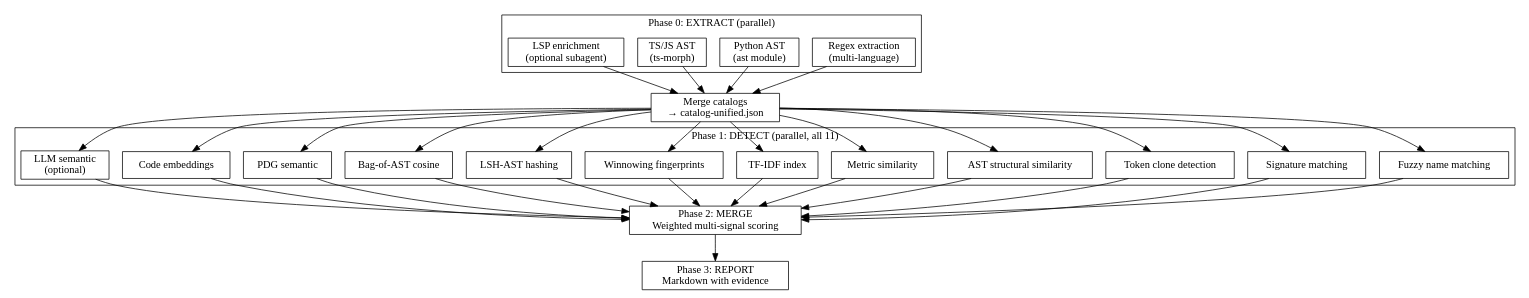
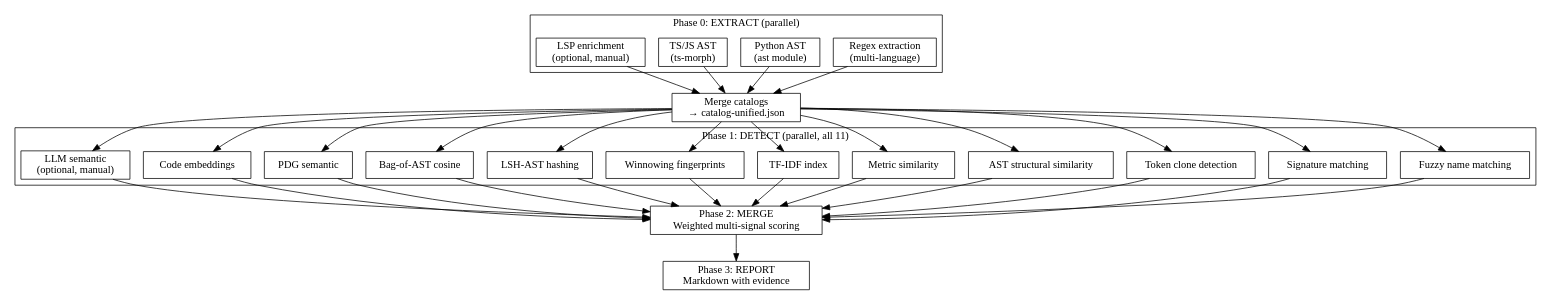
Before and after one commit to LucasQuiles/sdlc-os: the diagram in skills/deduplicating-functions/SKILL.md, drawn with Graphviz. The commit also changed other lines of this file and 4 other files, not shown here.

````diff
--- a/skills/deduplicating-functions/SKILL.md
+++ b/skills/deduplicating-functions/SKILL.md
@@ -74,68 +74,68 @@
 ```dot
 digraph pipeline {
   rankdir=TB;
   node [shape=box];
   
   subgraph cluster_extract {
     label="Phase 0: EXTRACT (parallel)";
     regex [label="Regex extraction\n(multi-language)"];
     ast_py [label="Python AST\n(ast module)"];
     ast_ts [label="TS/JS AST\n(ts-morph)"];
-    lsp [label="LSP enrichment\n(optional subagent)"];
+    lsp [label="LSP enrichment\n(optional, manual)"];
   }
   
   merge_cat [label="Merge catalogs\n→ catalog-unified.json"];
   
   subgraph cluster_detect {
     label="Phase 1: DETECT (parallel, all 11)";
     fuzzy [label="Fuzzy name matching"];
     sig [label="Signature matching"];
     token [label="Token clone detection"];
     ast_sim [label="AST structural similarity"];
     metric [label="Metric similarity"];
     tfidf [label="TF-IDF index"];
     winnow [label="Winnowing fingerprints"];
     lsh [label="LSH-AST hashing"];
     bag [label="Bag-of-AST cosine"];
     pdg [label="PDG semantic"];
     embed [label="Code embeddings"];
-    llm [label="LLM semantic\n(optional)"];
+    llm [label="LLM semantic\n(optional, manual)"];
   }
   
   merge_sig [label="Phase 2: MERGE\nWeighted multi-signal scoring"];
   report [label="Phase 3: REPORT\nMarkdown with evidence"];
   
   regex -> merge_cat;
   ast_py -> merge_cat;
   ast_ts -> merge_cat;
   lsp -> merge_cat;
   
   merge_cat -> fuzzy;
   merge_cat -> sig;
   merge_cat -> token;
   merge_cat -> ast_sim;
   merge_cat -> metric;
   merge_cat -> tfidf;
   merge_cat -> winnow;
   merge_cat -> lsh;
   merge_cat -> bag;
   merge_cat -> pdg;
   merge_cat -> embed;
   merge_cat -> llm;
   
   fuzzy -> merge_sig;
   sig -> merge_sig;
   token -> merge_sig;
   ast_sim -> merge_sig;
   metric -> merge_sig;
   tfidf -> merge_sig;
   winnow -> merge_sig;
   lsh -> merge_sig;
   bag -> merge_sig;
   pdg -> merge_sig;
   embed -> merge_sig;
   llm -> merge_sig;
   
   merge_sig -> report;
 }
 ```
````
